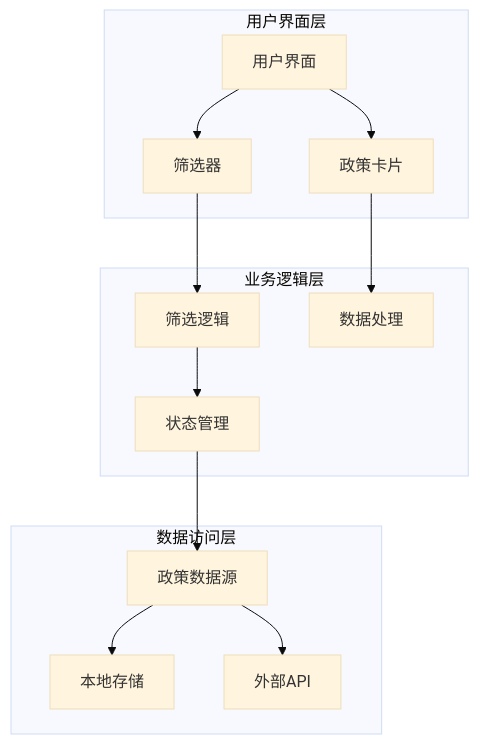
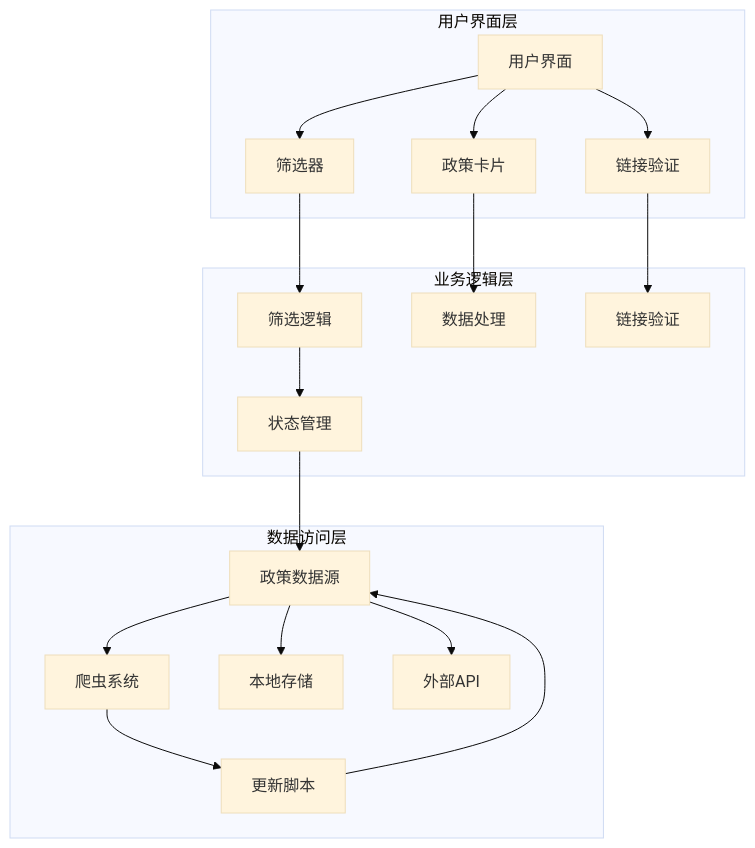
The third of 8 diagrams in .qoder/repowiki/zh/content/数据管理/政策数据管理/政策数据管理.md (liangxuanliang-cmd/carbon-info-agent), drawn with Mermaid (base theme) before and after one commit. The commit also changed other lines of this file and 7 other files, not shown here.

````diff
--- a/.qoder/repowiki/zh/content/数据管理/政策数据管理/政策数据管理.md
+++ b/.qoder/repowiki/zh/content/数据管理/政策数据管理/政策数据管理.md
@@ -144,26 +188,35 @@
 ```mermaid
 graph TD
 subgraph "用户界面层"
 UI[用户界面]
 Filters[筛选器]
 Cards[政策卡片]
+LinkValidator[链接验证]
 end
 subgraph "业务逻辑层"
 FilterLogic[筛选逻辑]
 StateManagement[状态管理]
 DataProcessing[数据处理]
+Validation[链接验证]
 end
 subgraph "数据访问层"
 PolicyData[政策数据源]
+Crawler[爬虫系统]
+UpdateScript[更新脚本]
 LocalStorage[本地存储]
 API[外部API]
 end
 UI --> Filters
 UI --> Cards
+UI --> LinkValidator
 Filters --> FilterLogic
 Cards --> DataProcessing
+LinkValidator --> Validation
 FilterLogic --> StateManagement
 StateManagement --> PolicyData
+PolicyData --> Crawler
+Crawler --> UpdateScript
+UpdateScript --> PolicyData
 PolicyData --> LocalStorage
 PolicyData --> API
 ```
````
